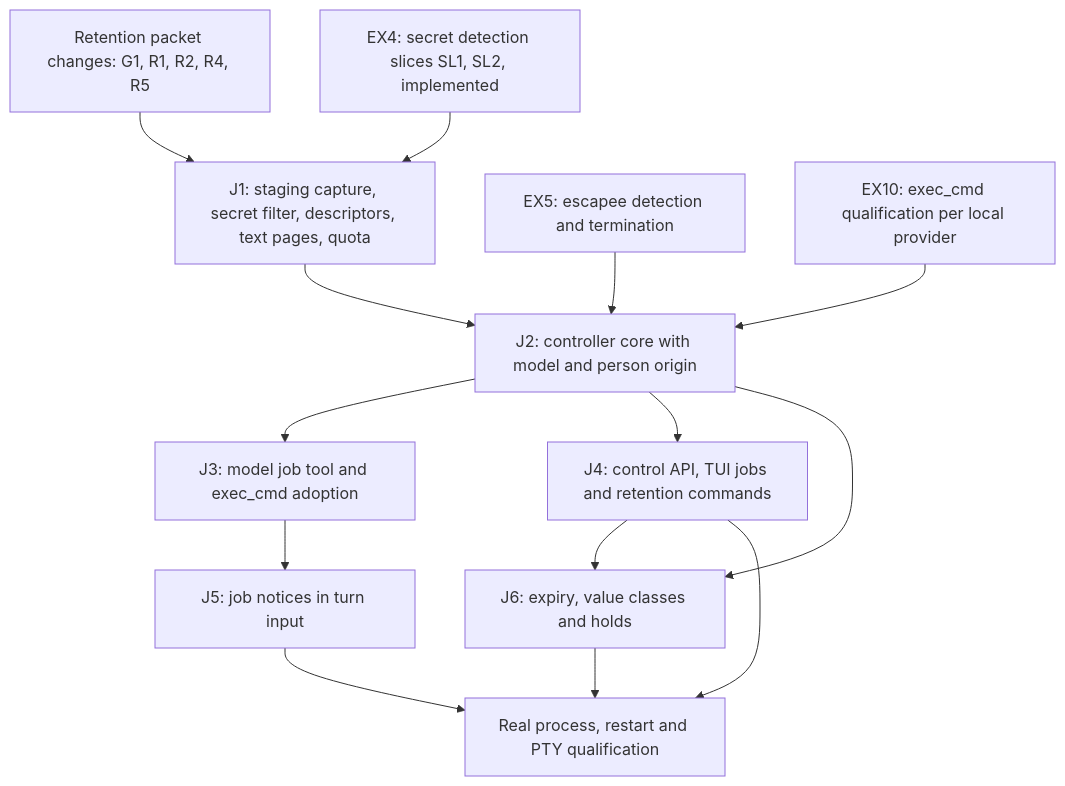
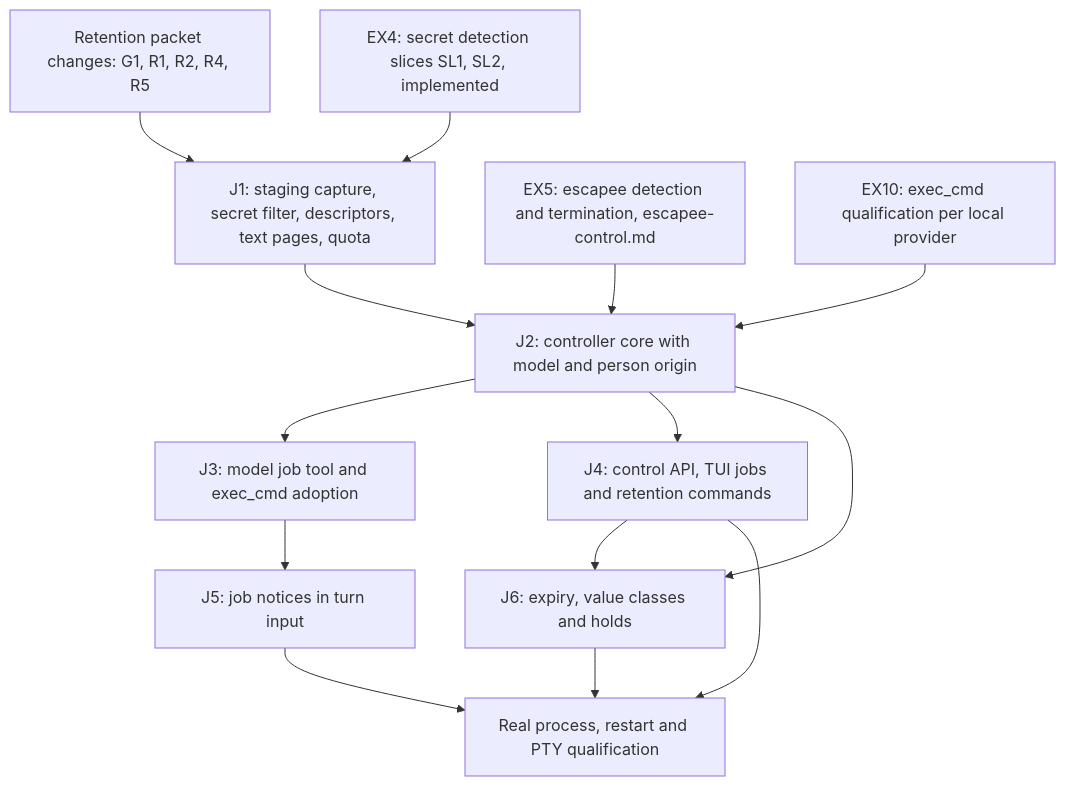
Before and after one commit to pidster/asura: the sixth of 8 diagrams in docs/designs/tool-job-controller.md, drawn with Mermaid. The commit also changed other lines of this file and 5 other files, not shown here.

First line of the commit message:
Design escapee detection and termination (EX5)

````diff
--- a/docs/designs/tool-job-controller.md
+++ b/docs/designs/tool-job-controller.md
@@ -928,16 +930,16 @@
 ```mermaid
 flowchart TD
     RP[Retention packet changes: G1, R1, R2, R4, R5] --> J1[J1: staging capture, secret filter, descriptors, text pages, quota]
     SD[EX4: secret detection slices SL1, SL2, implemented] --> J1
-    ESC[EX5: escapee detection and termination] --> J2[J2: controller core with model and person origin]
+    ESC[EX5: escapee detection and termination, escapee-control.md] --> J2[J2: controller core with model and person origin]
     QUAL[EX10: exec_cmd qualification per local provider] --> J2
     J1 --> J2
     J2 --> J3[J3: model job tool and exec_cmd adoption]
     J2 --> J4[J4: control API, TUI jobs and retention commands]
     J2 --> J6[J6: expiry, value classes and holds]
     J3 --> J5[J5: job notices in turn input]
     J4 --> J6
     J4 --> Q[Real process, restart and PTY qualification]
     J5 --> Q
     J6 --> Q
 ```
````
